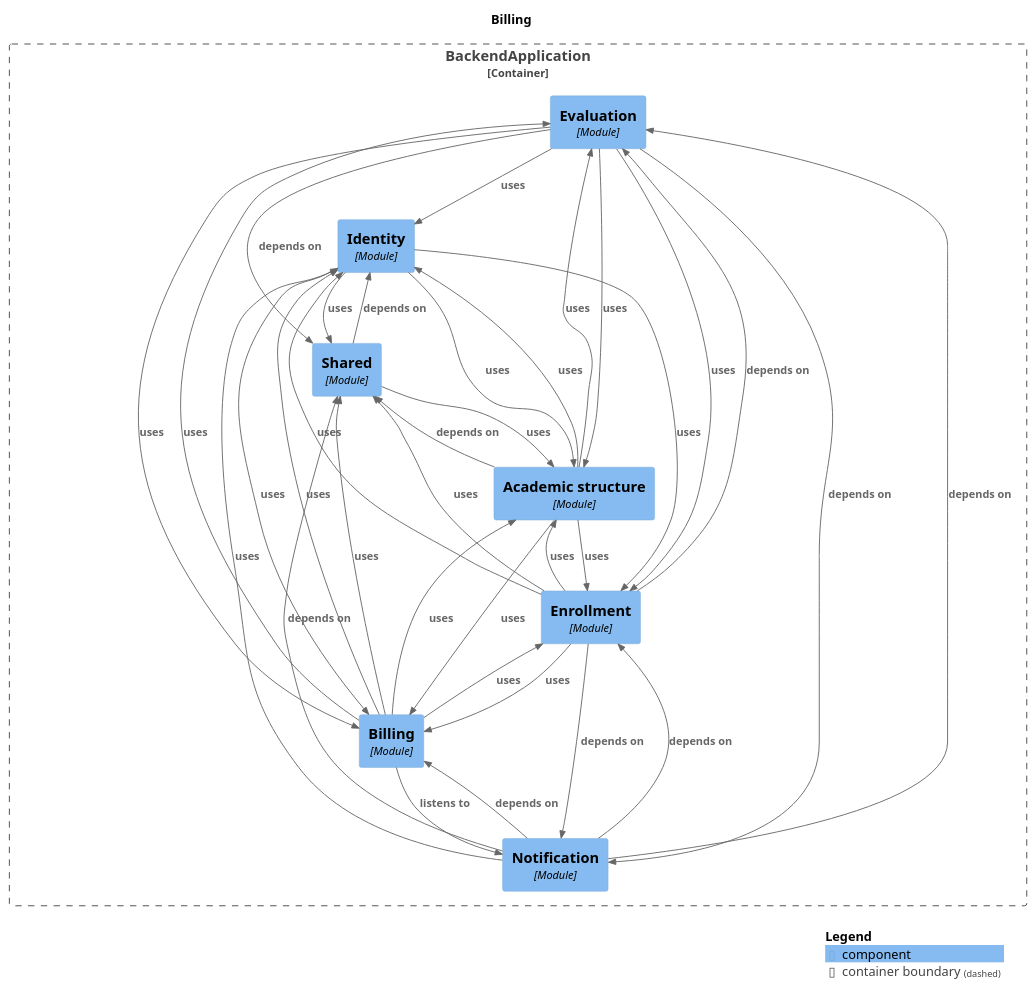
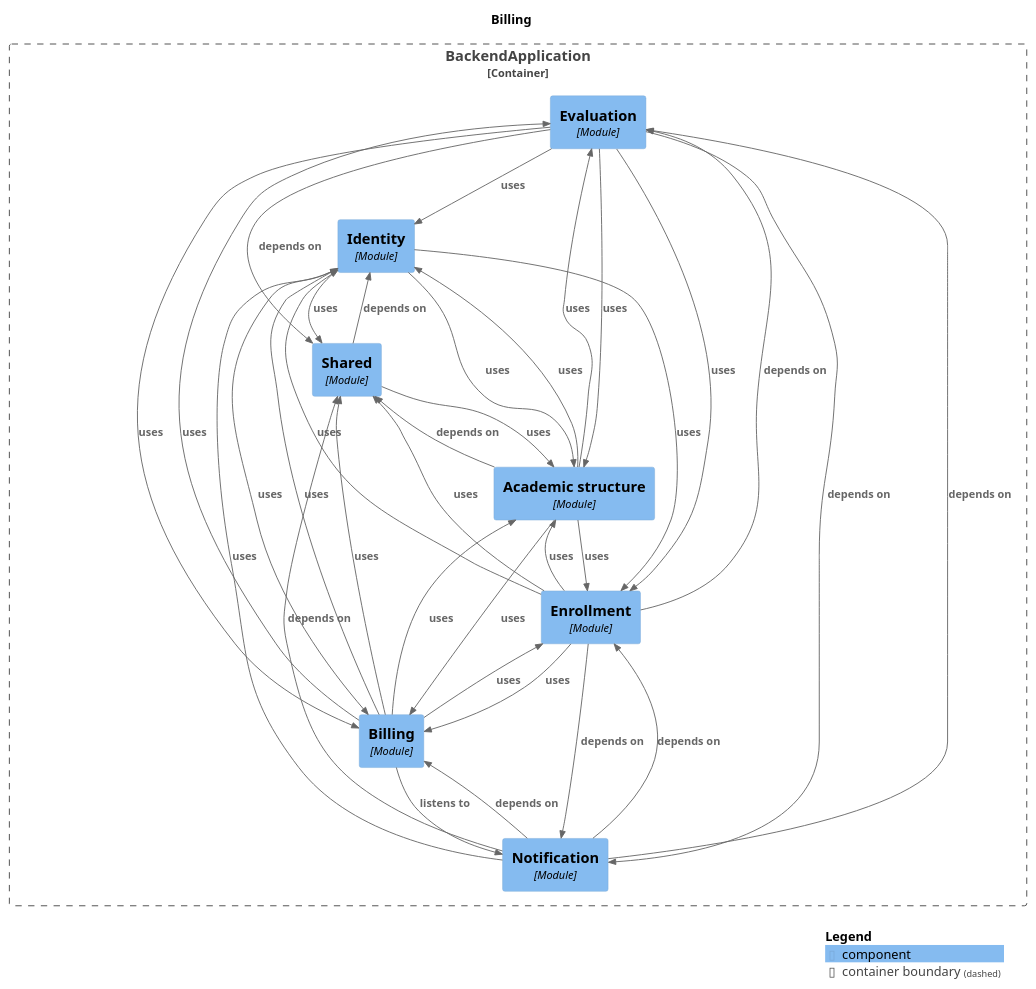
The diagram in docs/architecture/module-billing.puml (Gabriel030/agustina-bermejo-app), drawn with PlantUML before and after one commit. The commit also changed other lines of this file and 14 other files, not shown here.

Commit message:
Refactor M0: docs de modulos solo con flag y deterministas; regla de inversion enrollment/billing (D-185)

```diff
--- a/docs/architecture/module-billing.puml
+++ b/docs/architecture/module-billing.puml
@@ -1,57 +1,57 @@
 @startuml
 set separator none
 title Billing
 
 top to bottom direction
 
 !include <C4/C4>
 !include <C4/C4_Context>
 !include <C4/C4_Component>
 
 Container_Boundary("BackendApplication.BackendApplication_boundary", "BackendApplication", $tags="") {
   Component(BackendApplication.BackendApplication.Evaluation, "Evaluation", $techn="Module", $descr="", $tags="", $link="")
   Component(BackendApplication.BackendApplication.Identity, "Identity", $techn="Module", $descr="", $tags="", $link="")
   Component(BackendApplication.BackendApplication.Notification, "Notification", $techn="Module", $descr="", $tags="", $link="")
   Component(BackendApplication.BackendApplication.Shared, "Shared", $techn="Module", $descr="", $tags="", $link="")
   Component(BackendApplication.BackendApplication.Academicstructure, "Academic structure", $techn="Module", $descr="", $tags="", $link="")
   Component(BackendApplication.BackendApplication.Billing, "Billing", $techn="Module", $descr="", $tags="", $link="")
   Component(BackendApplication.BackendApplication.Enrollment, "Enrollment", $techn="Module", $descr="", $tags="", $link="")
 }
 
+Rel(BackendApplication.BackendApplication.Academicstructure, BackendApplication.BackendApplication.Billing, "uses", $techn="", $tags="", $link="")
+Rel(BackendApplication.BackendApplication.Academicstructure, BackendApplication.BackendApplication.Enrollment, "uses", $techn="", $tags="", $link="")
+Rel(BackendApplication.BackendApplication.Academicstructure, BackendApplication.BackendApplication.Evaluation, "uses", $techn="", $tags="", $link="")
+Rel(BackendApplication.BackendApplication.Academicstructure, BackendApplication.BackendApplication.Identity, "uses", $techn="", $tags="", $link="")
+Rel(BackendApplication.BackendApplication.Academicstructure, BackendApplication.BackendApplication.Shared, "depends on", $techn="", $tags="", $link="")
+Rel(BackendApplication.BackendApplication.Billing, BackendApplication.BackendApplication.Academicstructure, "uses", $techn="", $tags="", $link="")
+Rel(BackendApplication.BackendApplication.Billing, BackendApplication.BackendApplication.Enrollment, "uses", $techn="", $tags="", $link="")
+Rel(BackendApplication.BackendApplication.Billing, BackendApplication.BackendApplication.Evaluation, "uses", $techn="", $tags="", $link="")
+Rel(BackendApplication.BackendApplication.Billing, BackendApplication.BackendApplication.Identity, "uses", $techn="", $tags="", $link="")
+Rel(BackendApplication.BackendApplication.Billing, BackendApplication.BackendApplication.Notification, "listens to", $techn="", $tags="", $link="")
+Rel(BackendApplication.BackendApplication.Billing, BackendApplication.BackendApplication.Shared, "uses", $techn="", $tags="", $link="")
 Rel(BackendApplication.BackendApplication.Enrollment, BackendApplication.BackendApplication.Academicstructure, "uses", $techn="", $tags="", $link="")
+Rel(BackendApplication.BackendApplication.Enrollment, BackendApplication.BackendApplication.Billing, "uses", $techn="", $tags="", $link="")
+Rel(BackendApplication.BackendApplication.Enrollment, BackendApplication.BackendApplication.Evaluation, "depends on", $techn="", $tags="", $link="")
+Rel(BackendApplication.BackendApplication.Enrollment, BackendApplication.BackendApplication.Identity, "uses", $techn="", $tags="", $link="")
+Rel(BackendApplication.BackendApplication.Enrollment, BackendApplication.BackendApplication.Notification, "depends on", $techn="", $tags="", $link="")
 Rel(BackendApplication.BackendApplication.Enrollment, BackendApplication.BackendApplication.Shared, "uses", $techn="", $tags="", $link="")
-Rel(BackendApplication.BackendApplication.Academicstructure, BackendApplication.BackendApplication.Shared, "depends on", $techn="", $tags="", $link="")
-Rel(BackendApplication.BackendApplication.Academicstructure, BackendApplication.BackendApplication.Enrollment, "uses", $techn="", $tags="", $link="")
-Rel(BackendApplication.BackendApplication.Academicstructure, BackendApplication.BackendApplication.Billing, "uses", $techn="", $tags="", $link="")
-Rel(BackendApplication.BackendApplication.Academicstructure, BackendApplication.BackendApplication.Identity, "uses", $techn="", $tags="", $link="")
-Rel(BackendApplication.BackendApplication.Academicstructure, BackendApplication.BackendApplication.Evaluation, "uses", $techn="", $tags="", $link="")
-Rel(BackendApplication.BackendApplication.Billing, BackendApplication.BackendApplication.Notification, "listens to", $techn="", $tags="", $link="")
-Rel(BackendApplication.BackendApplication.Billing, BackendApplication.BackendApplication.Identity, "uses", $techn="", $tags="", $link="")
-Rel(BackendApplication.BackendApplication.Billing, BackendApplication.BackendApplication.Enrollment, "uses", $techn="", $tags="", $link="")
-Rel(BackendApplication.BackendApplication.Billing, BackendApplication.BackendApplication.Shared, "uses", $techn="", $tags="", $link="")
-Rel(BackendApplication.BackendApplication.Billing, BackendApplication.BackendApplication.Academicstructure, "uses", $techn="", $tags="", $link="")
-Rel(BackendApplication.BackendApplication.Billing, BackendApplication.BackendApplication.Evaluation, "uses", $techn="", $tags="", $link="")
-Rel(BackendApplication.BackendApplication.Shared, BackendApplication.BackendApplication.Identity, "depends on", $techn="", $tags="", $link="")
-Rel(BackendApplication.BackendApplication.Shared, BackendApplication.BackendApplication.Academicstructure, "uses", $techn="", $tags="", $link="")
-Rel(BackendApplication.BackendApplication.Identity, BackendApplication.BackendApplication.Shared, "uses", $techn="", $tags="", $link="")
+Rel(BackendApplication.BackendApplication.Evaluation, BackendApplication.BackendApplication.Academicstructure, "uses", $techn="", $tags="", $link="")
+Rel(BackendApplication.BackendApplication.Evaluation, BackendApplication.BackendApplication.Billing, "uses", $techn="", $tags="", $link="")
+Rel(BackendApplication.BackendApplication.Evaluation, BackendApplication.BackendApplication.Enrollment, "uses", $techn="", $tags="", $link="")
+Rel(BackendApplication.BackendApplication.Evaluation, BackendApplication.BackendApplication.Identity, "uses", $techn="", $tags="", $link="")
+Rel(BackendApplication.BackendApplication.Evaluation, BackendApplication.BackendApplication.Notification, "depends on", $techn="", $tags="", $link="")
+Rel(BackendApplication.BackendApplication.Evaluation, BackendApplication.BackendApplication.Shared, "depends on", $techn="", $tags="", $link="")
+Rel(BackendApplication.BackendApplication.Identity, BackendApplication.BackendApplication.Academicstructure, "uses", $techn="", $tags="", $link="")
 Rel(BackendApplication.BackendApplication.Identity, BackendApplication.BackendApplication.Billing, "uses", $techn="", $tags="", $link="")
 Rel(BackendApplication.BackendApplication.Identity, BackendApplication.BackendApplication.Enrollment, "uses", $techn="", $tags="", $link="")
-Rel(BackendApplication.BackendApplication.Identity, BackendApplication.BackendApplication.Academicstructure, "uses", $techn="", $tags="", $link="")
-Rel(BackendApplication.BackendApplication.Evaluation, BackendApplication.BackendApplication.Shared, "depends on", $techn="", $tags="", $link="")
-Rel(BackendApplication.BackendApplication.Evaluation, BackendApplication.BackendApplication.Notification, "depends on", $techn="", $tags="", $link="")
-Rel(BackendApplication.BackendApplication.Evaluation, BackendApplication.BackendApplication.Academicstructure, "uses", $techn="", $tags="", $link="")
-Rel(BackendApplication.BackendApplication.Evaluation, BackendApplication.BackendApplication.Identity, "uses", $techn="", $tags="", $link="")
-Rel(BackendApplication.BackendApplication.Evaluation, BackendApplication.BackendApplication.Enrollment, "uses", $techn="", $tags="", $link="")
-Rel(BackendApplication.BackendApplication.Evaluation, BackendApplication.BackendApplication.Billing, "uses", $techn="", $tags="", $link="")
+Rel(BackendApplication.BackendApplication.Identity, BackendApplication.BackendApplication.Shared, "uses", $techn="", $tags="", $link="")
+Rel(BackendApplication.BackendApplication.Notification, BackendApplication.BackendApplication.Billing, "depends on", $techn="", $tags="", $link="")
 Rel(BackendApplication.BackendApplication.Notification, BackendApplication.BackendApplication.Enrollment, "depends on", $techn="", $tags="", $link="")
-Rel(BackendApplication.BackendApplication.Notification, BackendApplication.BackendApplication.Billing, "depends on", $techn="", $tags="", $link="")
 Rel(BackendApplication.BackendApplication.Notification, BackendApplication.BackendApplication.Evaluation, "depends on", $techn="", $tags="", $link="")
+Rel(BackendApplication.BackendApplication.Notification, BackendApplication.BackendApplication.Identity, "uses", $techn="", $tags="", $link="")
 Rel(BackendApplication.BackendApplication.Notification, BackendApplication.BackendApplication.Shared, "depends on", $techn="", $tags="", $link="")
-Rel(BackendApplication.BackendApplication.Notification, BackendApplication.BackendApplication.Identity, "uses", $techn="", $tags="", $link="")
-Rel(BackendApplication.BackendApplication.Enrollment, BackendApplication.BackendApplication.Evaluation, "depends on", $techn="", $tags="", $link="")
-Rel(BackendApplication.BackendApplication.Enrollment, BackendApplication.BackendApplication.Notification, "depends on", $techn="", $tags="", $link="")
-Rel(BackendApplication.BackendApplication.Enrollment, BackendApplication.BackendApplication.Billing, "uses", $techn="", $tags="", $link="")
-Rel(BackendApplication.BackendApplication.Enrollment, BackendApplication.BackendApplication.Identity, "uses", $techn="", $tags="", $link="")
+Rel(BackendApplication.BackendApplication.Shared, BackendApplication.BackendApplication.Academicstructure, "uses", $techn="", $tags="", $link="")
+Rel(BackendApplication.BackendApplication.Shared, BackendApplication.BackendApplication.Identity, "depends on", $techn="", $tags="", $link="")
 
 SHOW_LEGEND(true)
 @enduml
```
